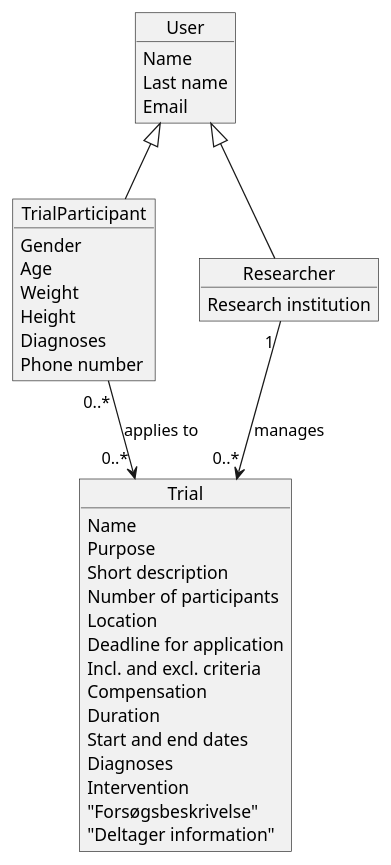
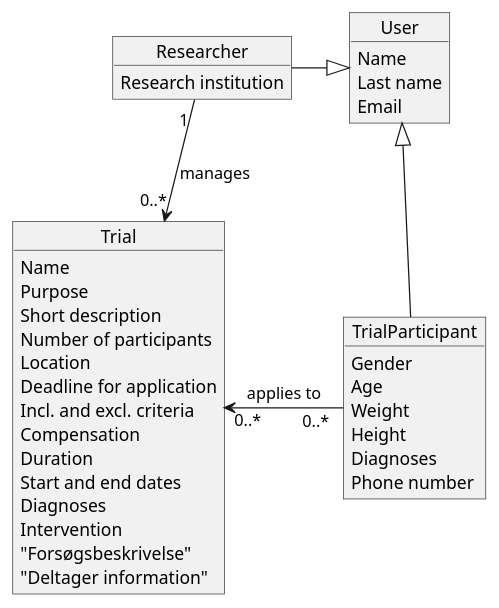
The diagram in PB1ProbeApplication/UML/DomainModel.puml (MarkBidstrup/PB1), drawn with PlantUML before and after one commit.

Commit message:
Changed dimensions of domain model

```diff
--- a/PB1ProbeApplication/UML/DomainModel.puml
+++ b/PB1ProbeApplication/UML/DomainModel.puml
@@ -1,46 +1,46 @@
 @startuml
 'https://plantuml.com/class-diagram
 
 object User {
     Name
     Last name
     Email
 }
 
 object TrialParticipant {
     Gender
     Age
     Weight
     Height
     Diagnoses
     Phone number
 }
 
 object Researcher {
     Research institution
 }
 
 object Trial {
     Name
     Purpose
     Short description
     Number of participants
     Location
     Deadline for application
     Incl. and excl. criteria
     Compensation
     Duration
     Start and end dates
     Diagnoses
     Intervention
     "Forsøgsbeskrivelse"
     "Deltager information"
 }
 
 User <|-- TrialParticipant
-User <|-- Researcher
-TrialParticipant "0..*" --> "0..* " Trial : applies to
+Researcher -|> User
+Trial "0..*" <- "0..* " TrialParticipant : applies to
 Researcher "1 " --> "0..*" Trial : manages
 
 
 @enduml
```
